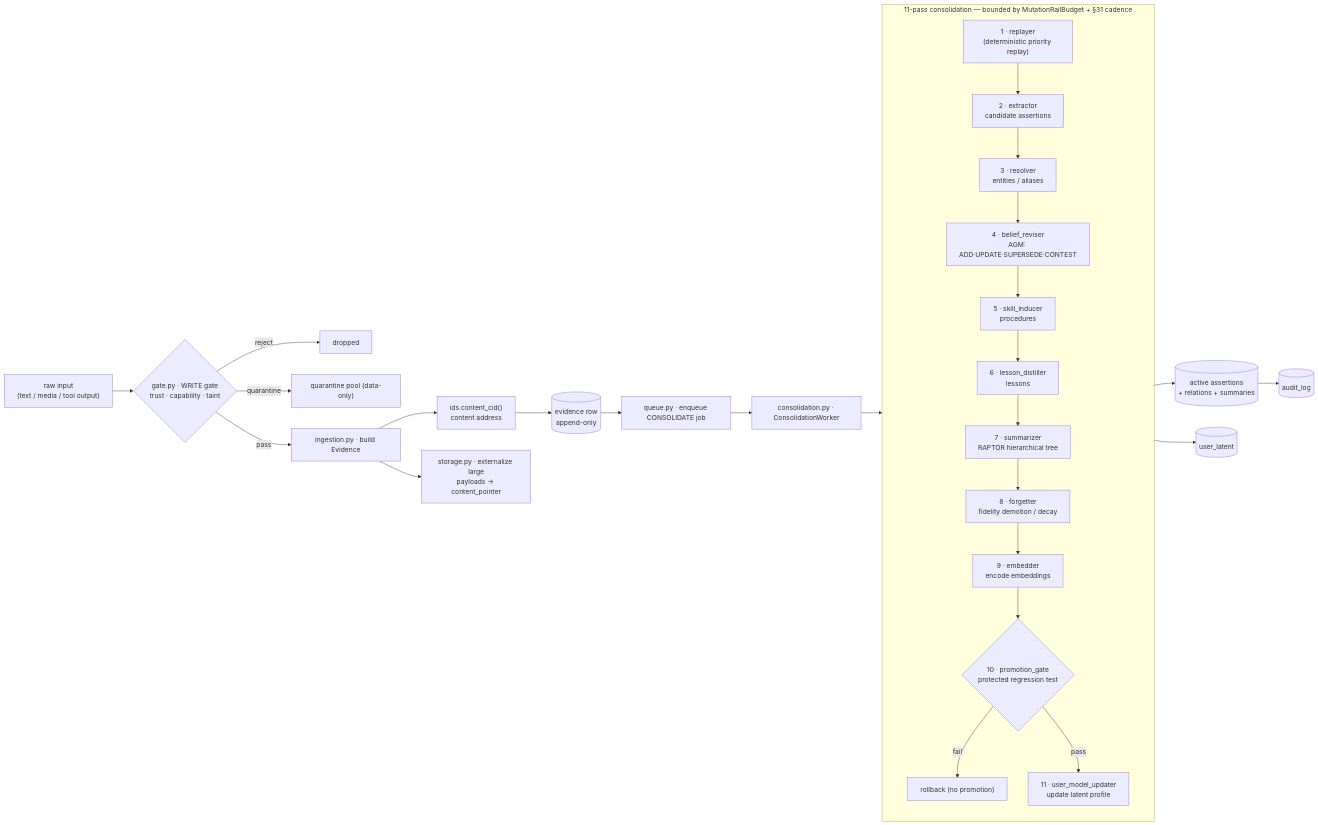
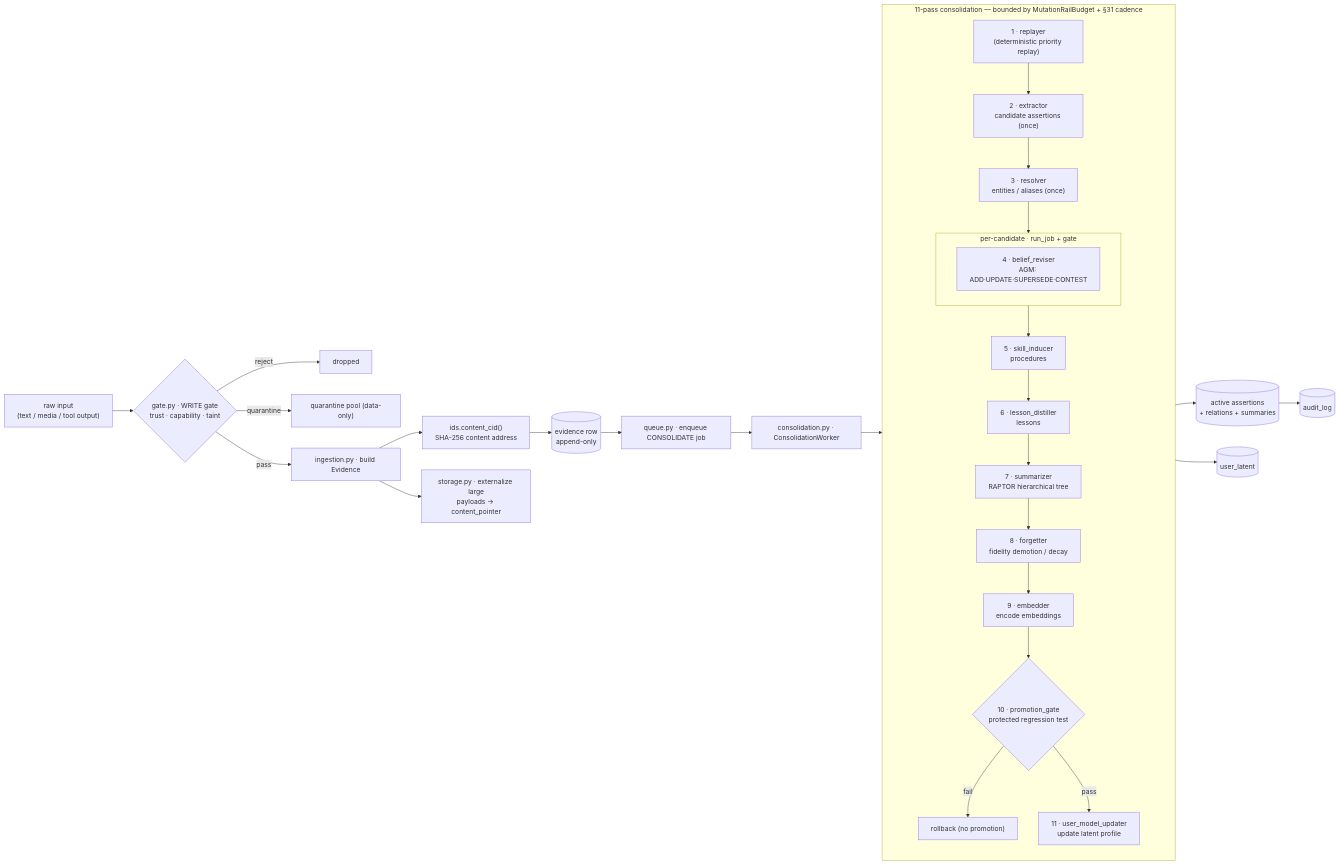
Before and after one commit to onfire7777/Mnemosyne: the fourth of 8 diagrams in docs/ARCHITECTURE-OVERVIEW.md, drawn with Mermaid. The commit also changed other lines of this file, not shown here.

First line of the commit message:
docs(architecture): tighten schema and provider details

````diff
--- a/docs/ARCHITECTURE-OVERVIEW.md
+++ b/docs/ARCHITECTURE-OVERVIEW.md
@@ -354,32 +359,35 @@
 ```mermaid
 flowchart LR
     IN["raw input<br/>(text / media / tool output)"] --> GATE{"gate.py · WRITE gate<br/>trust · capability · taint"}
     GATE -->|reject| X1["dropped"]
     GATE -->|quarantine| QZ["quarantine pool (data-only)"]
     GATE -->|pass| ING["ingestion.py · build Evidence"]
-    ING --> CID["ids.content_cid()<br/>content address"]
+    ING --> CID["ids.content_cid()<br/>SHA-256 content address"]
     ING --> STORE["storage.py · externalize large<br/>payloads → content_pointer"]
     CID --> EV[("evidence row<br/>append-only")]
     EV --> ENQ["queue.py · enqueue CONSOLIDATE job"]
     ENQ --> CW["consolidation.py · ConsolidationWorker"]
 
     subgraph PASS["11-pass consolidation — bounded by MutationRailBudget + §31 cadence"]
         direction TB
-        P1["1 · replayer<br/>(deterministic priority replay)"] --> P2["2 · extractor<br/>candidate assertions"]
-        P2 --> P3["3 · resolver<br/>entities / aliases"]
-        P3 --> P4["4 · belief_reviser<br/>AGM: ADD·UPDATE·SUPERSEDE·CONTEST"]
-        P4 --> P5["5 · skill_inducer<br/>procedures"]
+        P1["1 · replayer<br/>(deterministic priority replay)"] --> P2["2 · extractor<br/>candidate assertions (once)"]
+        P2 --> P3["3 · resolver<br/>entities / aliases (once)"]
+        P3 --> PC
+        subgraph PC["per-candidate · run_job + gate"]
+            P4["4 · belief_reviser<br/>AGM: ADD·UPDATE·SUPERSEDE·CONTEST"]
+        end
+        PC --> P5["5 · skill_inducer<br/>procedures"]
         P5 --> P6["6 · lesson_distiller<br/>lessons"]
         P6 --> P7["7 · summarizer<br/>RAPTOR hierarchical tree"]
         P7 --> P8["8 · forgetter<br/>fidelity demotion / decay"]
         P8 --> P9["9 · embedder<br/>encode embeddings"]
         P9 --> P10{"10 · promotion_gate<br/>protected regression test"}
         P10 -->|fail| RB["rollback (no promotion)"]
         P10 -->|pass| P11["11 · user_model_updater<br/>update latent profile"]
     end
 
     CW --> PASS
     P11 --> ACT[("active assertions<br/>+ relations + summaries")]
     P11 --> UL[("user_latent")]
     ACT --> AUD[("audit_log")]
 ```
````
